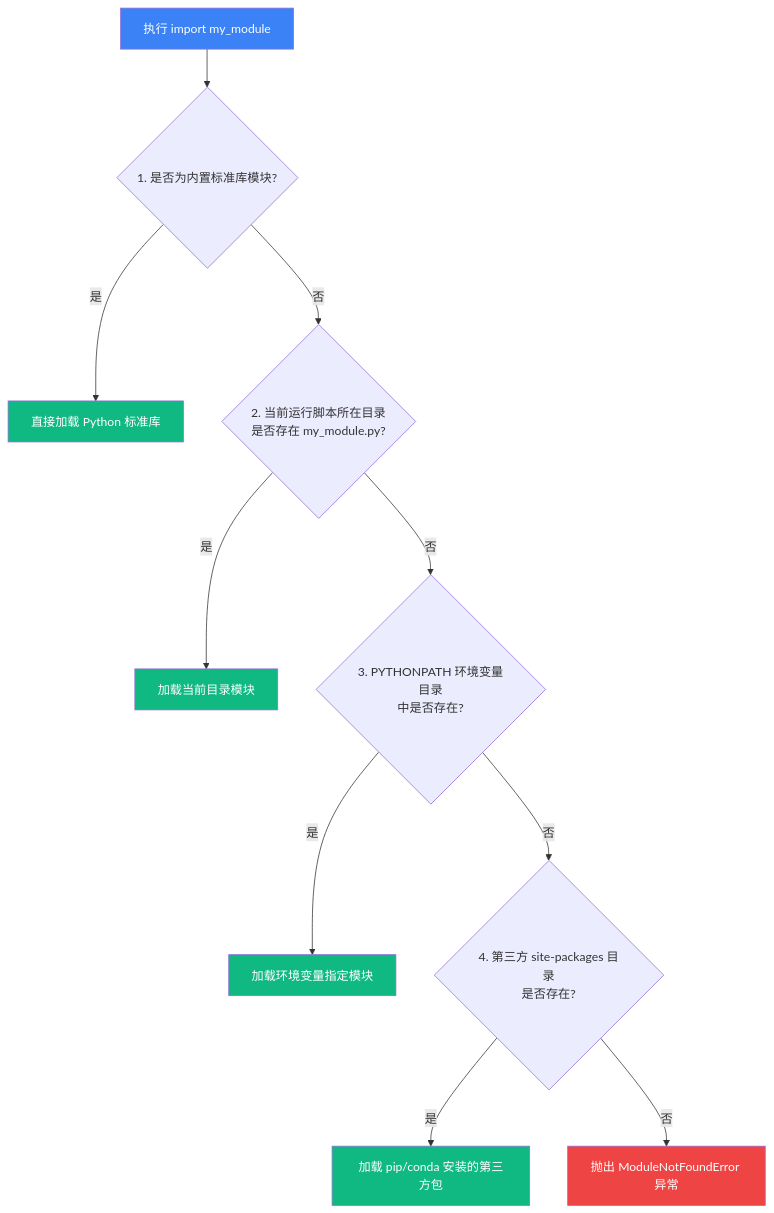
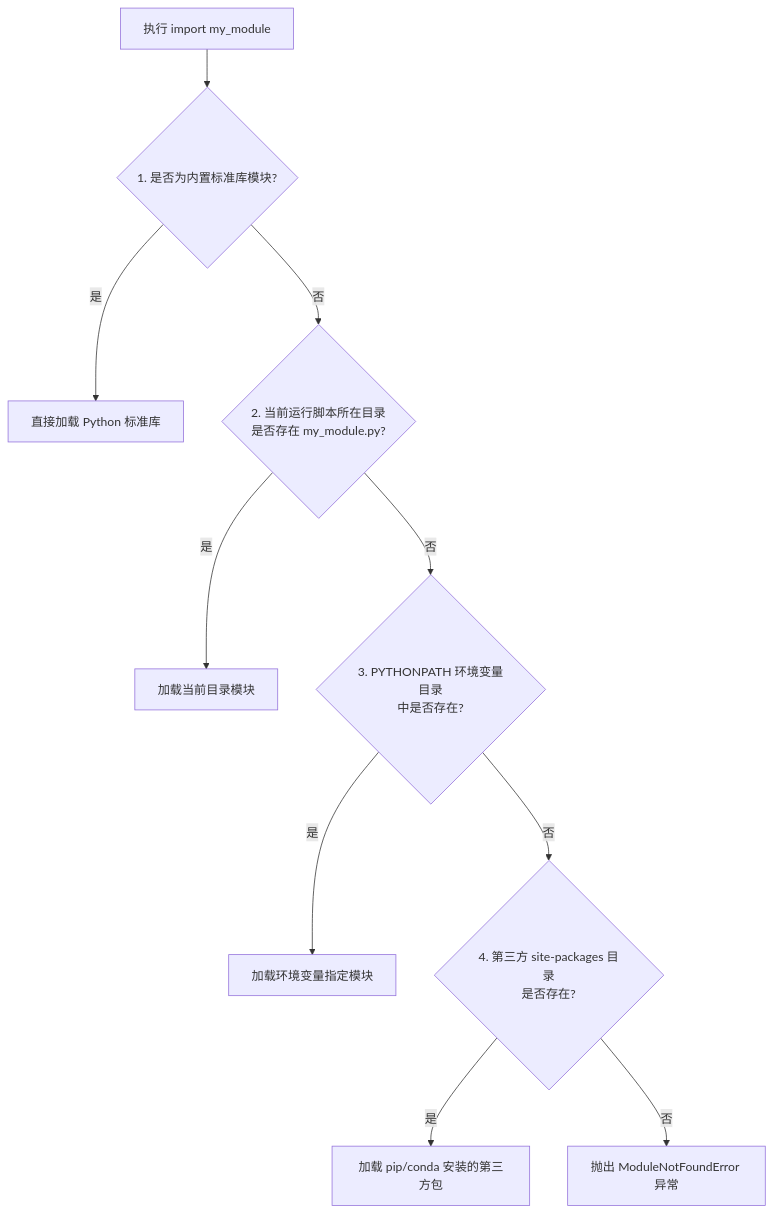
Before and after one commit to Ackow/mindpath-ai: the first of 2 diagrams in content/foundations/python/06-py-modules.mdx, drawn with Mermaid. The commit also changed other lines of this file and 105 other files, not shown here.

````diff
--- a/content/foundations/python/06-py-modules.mdx
+++ b/content/foundations/python/06-py-modules.mdx
@@ -79,19 +99,12 @@
 ```mermaid
 flowchart TD
     Start["执行 import my_module"] --> Step1{"1. 是否为内置标准库模块?"}
     Step1 -- 是 --> LoadStd["直接加载 Python 标准库"]
     Step1 -- 否 --> Step2{"2. 当前运行脚本所在目录<br/>是否存在 my_module.py?"}
     Step2 -- 是 --> LoadCurrent["加载当前目录模块"]
     Step2 -- 否 --> Step3{"3. PYTHONPATH 环境变量目录<br/>中是否存在?"}
     Step3 -- 是 --> LoadEnv["加载环境变量指定模块"]
     Step3 -- 否 --> Step4{"4. 第三方 site-packages 目录<br/>是否存在?"}
     Step4 -- 是 --> LoadSite["加载 pip/conda 安装的第三方包"]
     Step4 -- 否 --> Error["抛出 ModuleNotFoundError 异常"]
-
-    style Start fill:#3b82f6,color:#fff
-    style Error fill:#ef4444,color:#fff
-    style LoadStd fill:#10b981,color:#fff
-    style LoadCurrent fill:#10b981,color:#fff
-    style LoadEnv fill:#10b981,color:#fff
-    style LoadSite fill:#10b981,color:#fff
 ```
````
